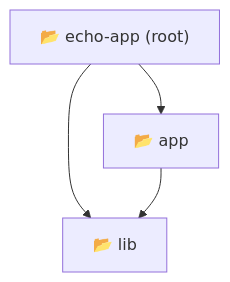
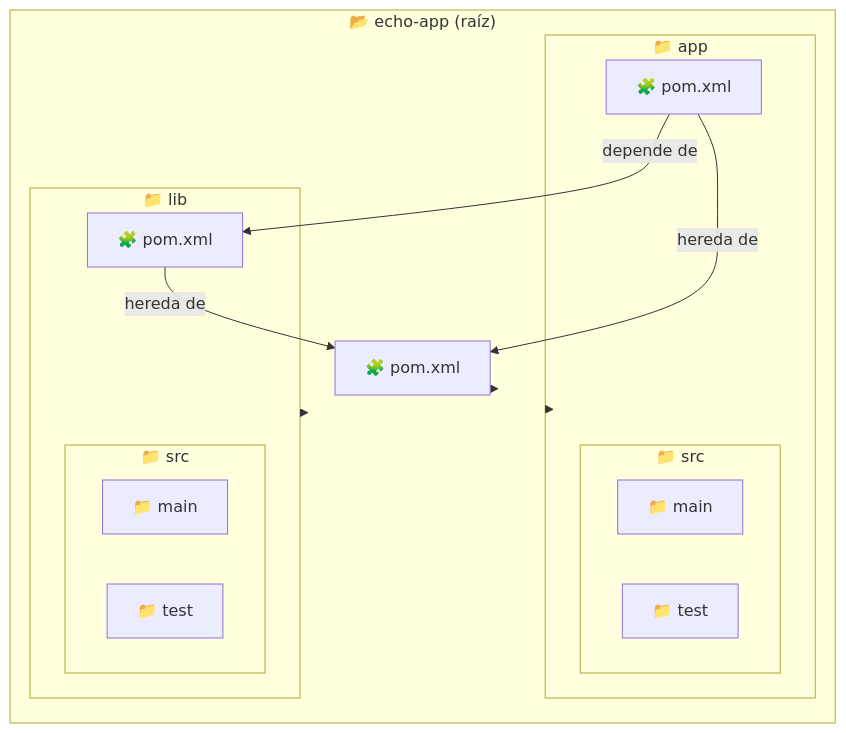
Before and after one commit to r8vnhill/dibs-docusaurus: the diagram in docs/build-systems/basic-config/maven.mdx, drawn with Mermaid. The commit also changed other lines of this file and 1 other file, not shown here.

````diff
--- a/docs/build-systems/basic-config/maven.mdx
+++ b/docs/build-systems/basic-config/maven.mdx
@@ -72,10 +73,33 @@
 ```mermaid
-graph TD;
-    root["📂 echo-app (root)"]
-    app["📂 app"]
-    lib["📂 lib"]
+graph TD
+    %% Nodo raíz del proyecto
+    subgraph root["📂 echo-app (raíz)"]
+        rootPom["🧩 pom.xml"]
+        
+        %% Submódulo app
+        subgraph appModule["📁 app"]
+            appPom["🧩 pom.xml"]
+            subgraph appSrc["📁 src"]
+                appMain["📁 main"]
+                appTest["📁 test"]
+            end
+        end
 
-    root --> app
-    root --> lib
-    app --> lib
+        %% Submódulo lib
+        subgraph libModule["📁 lib"]
+            libPom["🧩 pom.xml"]
+            subgraph libSrc["📁 src"]
+                libMain["📁 main"]
+                libTest["📁 test"]
+            end
+        end
+    end
+
+    %% Relaciones entre módulos
+    root --> rootPom
+    root --> appModule
+    root --> libModule
+    appPom -- hereda de --> rootPom
+    libPom -- hereda de --> rootPom
+    appPom -- depende de --> libPom
 ```
````
